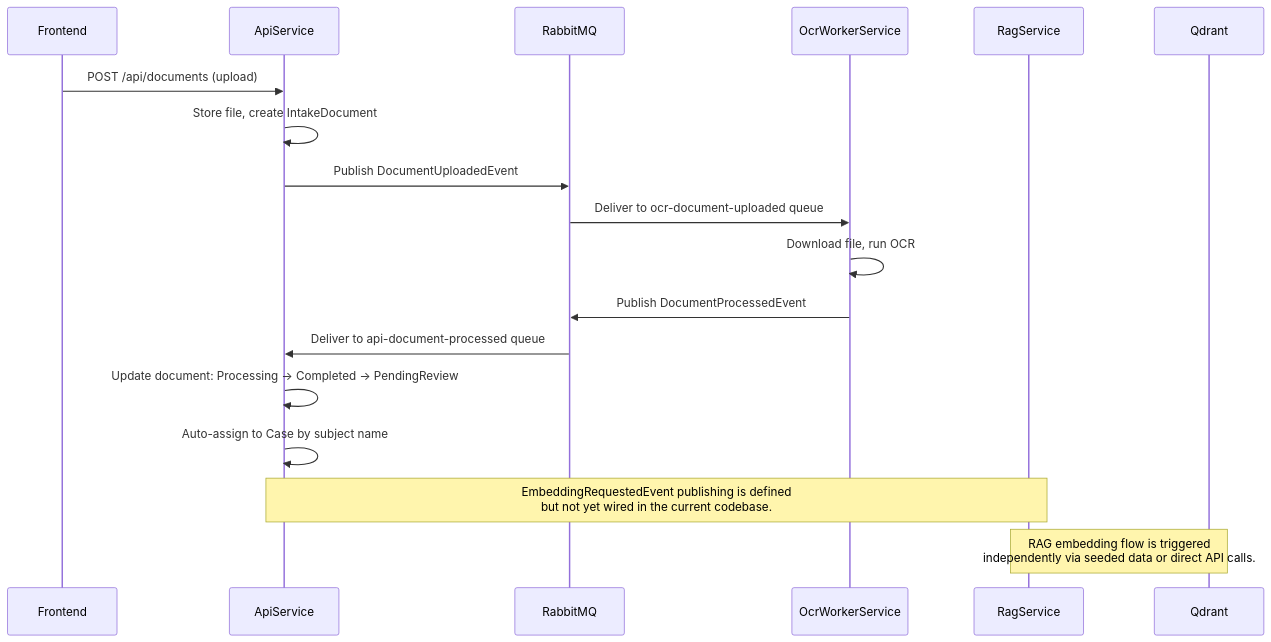
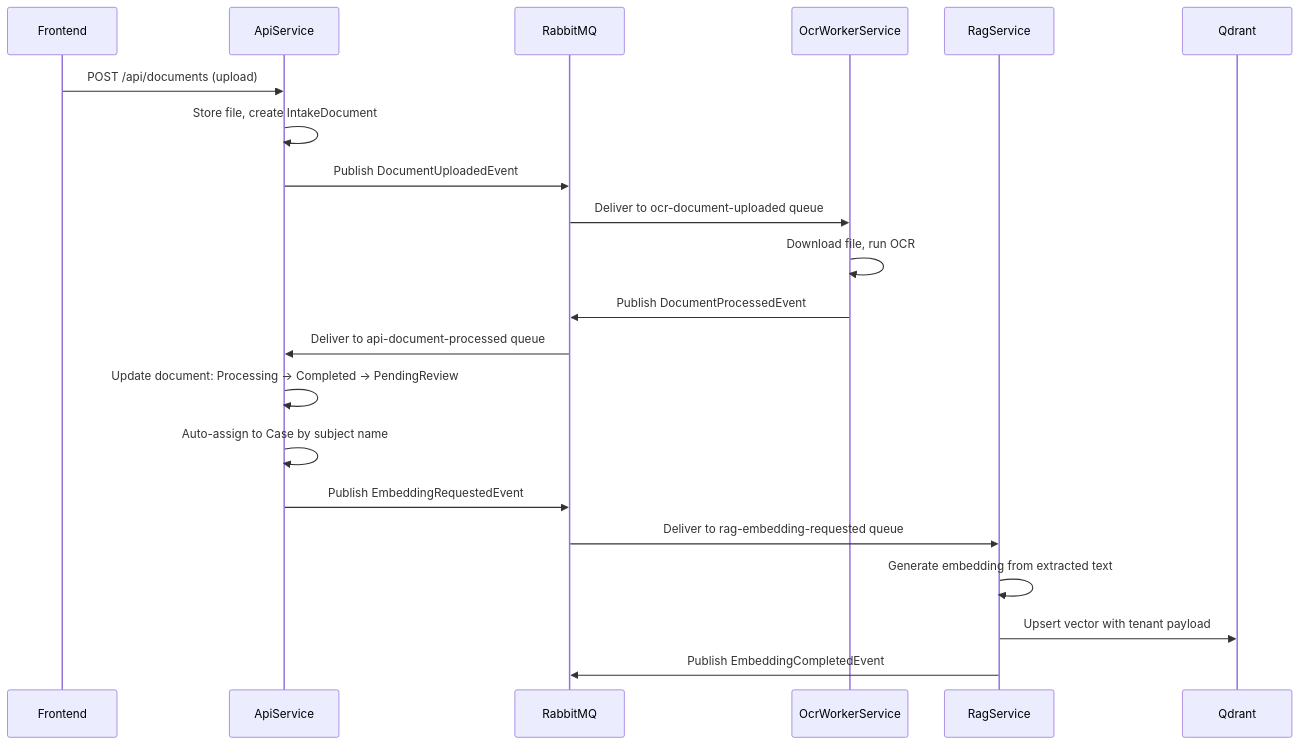
Before and after one commit to wfhanna1/ai-case-management-system: the fifth of 5 diagrams in docs/architecture.md, drawn with Mermaid. The commit also changed other lines of this file and 40 other files, not shown here.

First line of the commit message:
fix: recent activities, security findings, architecture diagrams (#124, #106, #123) (#131)

````diff
--- a/docs/architecture.md
+++ b/docs/architecture.md
@@ -337,24 +416,27 @@
 ```mermaid
 sequenceDiagram
     participant FE as Frontend
     participant API as ApiService
     participant RMQ as RabbitMQ
     participant OCR as OcrWorkerService
     participant RAG as RagService
     participant QD as Qdrant
 
     FE->>API: POST /api/documents (upload)
     API->>API: Store file, create IntakeDocument
     API->>RMQ: Publish DocumentUploadedEvent
 
     RMQ->>OCR: Deliver to ocr-document-uploaded queue
     OCR->>OCR: Download file, run OCR
     OCR->>RMQ: Publish DocumentProcessedEvent
 
     RMQ->>API: Deliver to api-document-processed queue
     API->>API: Update document: Processing -> Completed -> PendingReview
     API->>API: Auto-assign to Case by subject name
+    API->>RMQ: Publish EmbeddingRequestedEvent
 
-    Note over API,RAG: EmbeddingRequestedEvent publishing is defined<br/>but not yet wired in the current codebase.
-    Note over RAG,QD: RAG embedding flow is triggered<br/>independently via seeded data or direct API calls.
+    RMQ->>RAG: Deliver to rag-embedding-requested queue
+    RAG->>RAG: Generate embedding from extracted text
+    RAG->>QD: Upsert vector with tenant payload
+    RAG->>RMQ: Publish EmbeddingCompletedEvent
 ```
````
